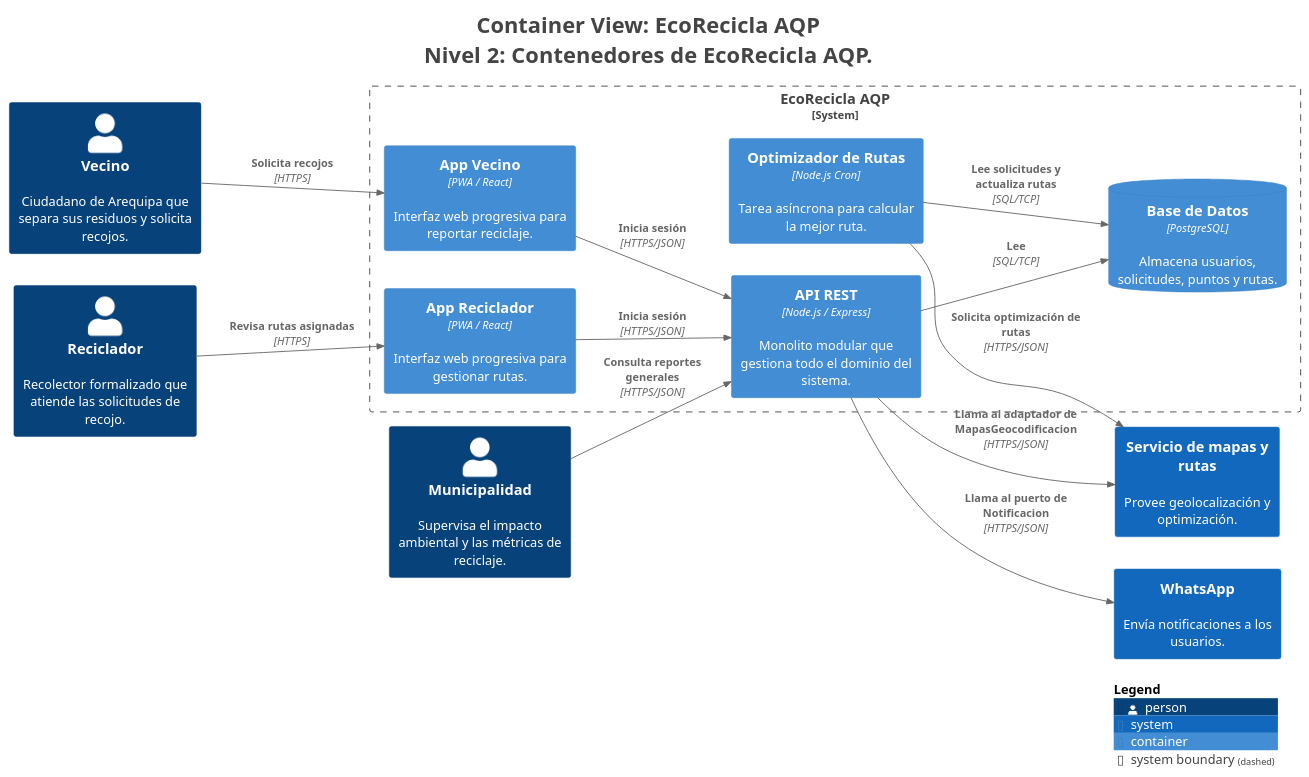
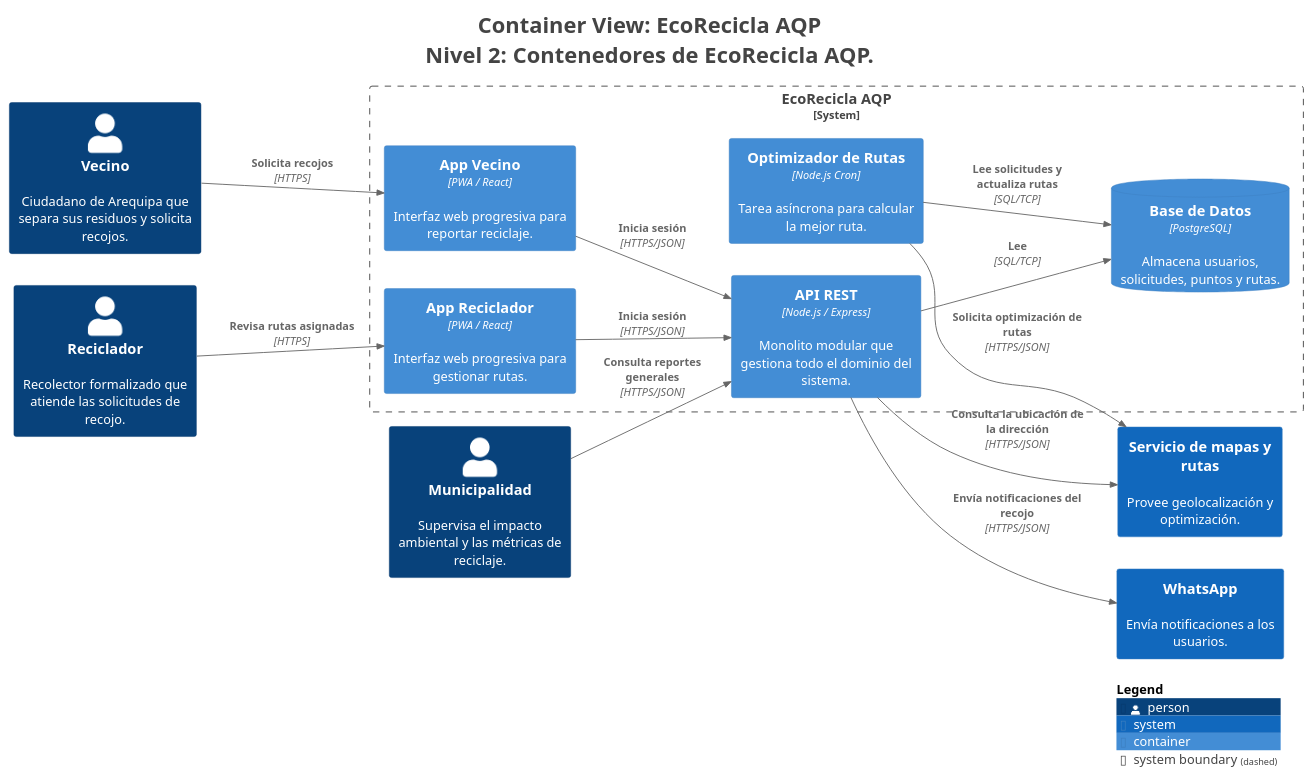
The diagram in docs/architecture/c4/export/structurizr-Contenedores.puml (AntonyCondori/cs-2026b-lab04-grupo10), drawn with PlantUML before and after one commit. The commit also changed 9 other files, not shown here.

```diff
--- a/docs/architecture/c4/export/structurizr-Contenedores.puml
+++ b/docs/architecture/c4/export/structurizr-Contenedores.puml
@@ -1,45 +1,45 @@
 @startuml
 title <size:24>Container View: EcoRecicla AQP</size>\n<size:24>Nivel 2: Contenedores de EcoRecicla AQP.</size>
 
 set separator none
 left to right direction
 
 <style>
   root {
     BackgroundColor: #ffffff
     FontColor: #444444
   }
 </style>
 
 !include <C4/C4>
 !include <C4/C4_Context>
 !include <C4/C4_Container>
 
 Person(Vecino, "Vecino", $descr="Ciudadano de Arequipa que separa sus residuos y solicita recojos.", $tags="", $link="")
 Person(Reciclador, "Reciclador", $descr="Recolector formalizado que atiende las solicitudes de recojo.", $tags="", $link="")
 Person(Municipalidad, "Municipalidad", $descr="Supervisa el impacto ambiental y las métricas de reciclaje.", $tags="", $link="")
 System(Serviciodemapasyrutas, "Servicio de mapas y rutas", $descr="Provee geolocalización y optimización.", $tags="", $link="")
 System(WhatsApp, "WhatsApp", $descr="Envía notificaciones a los usuarios.", $tags="", $link="")
 
 System_Boundary("EcoReciclaAQP_boundary", "EcoRecicla AQP", $tags="") {
   Container(EcoReciclaAQP.OptimizadordeRutas, "Optimizador de Rutas", $techn="Node.js Cron", $descr="Tarea asíncrona para calcular la mejor ruta.", $tags="", $link="")
   Container(EcoReciclaAQP.APIREST, "API REST", $techn="Node.js / Express", $descr="Monolito modular que gestiona todo el dominio del sistema.", $tags="", $link="")
   Container(EcoReciclaAQP.AppVecino, "App Vecino", $techn="PWA / React", $descr="Interfaz web progresiva para reportar reciclaje.", $tags="", $link="")
   Container(EcoReciclaAQP.AppReciclador, "App Reciclador", $techn="PWA / React", $descr="Interfaz web progresiva para gestionar rutas.", $tags="", $link="")
   ContainerDb(EcoReciclaAQP.BasedeDatos, "Base de Datos", $techn="PostgreSQL", $descr="Almacena usuarios, solicitudes, puntos y rutas.", $tags="", $link="")
 }
 
 Rel(Vecino, EcoReciclaAQP.AppVecino, "Solicita recojos", $techn="HTTPS", $tags="", $link="")
 Rel(Reciclador, EcoReciclaAQP.AppReciclador, "Revisa rutas asignadas", $techn="HTTPS", $tags="", $link="")
 Rel(Municipalidad, EcoReciclaAQP.APIREST, "Consulta reportes generales", $techn="HTTPS/JSON", $tags="", $link="")
 Rel(EcoReciclaAQP.AppVecino, EcoReciclaAQP.APIREST, "Inicia sesión", $techn="HTTPS/JSON", $tags="", $link="")
 Rel(EcoReciclaAQP.AppReciclador, EcoReciclaAQP.APIREST, "Inicia sesión", $techn="HTTPS/JSON", $tags="", $link="")
 Rel(EcoReciclaAQP.APIREST, EcoReciclaAQP.BasedeDatos, "Lee", $techn="SQL/TCP", $tags="", $link="")
 Rel(EcoReciclaAQP.OptimizadordeRutas, EcoReciclaAQP.BasedeDatos, "Lee solicitudes y actualiza rutas", $techn="SQL/TCP", $tags="", $link="")
-Rel(EcoReciclaAQP.APIREST, Serviciodemapasyrutas, "Llama al adaptador de MapasGeocodificacion", $techn="HTTPS/JSON", $tags="", $link="")
-Rel(EcoReciclaAQP.APIREST, WhatsApp, "Llama al puerto de Notificacion", $techn="HTTPS/JSON", $tags="", $link="")
+Rel(EcoReciclaAQP.APIREST, Serviciodemapasyrutas, "Consulta la ubicación de la dirección", $techn="HTTPS/JSON", $tags="", $link="")
+Rel(EcoReciclaAQP.APIREST, WhatsApp, "Envía notificaciones del recojo", $techn="HTTPS/JSON", $tags="", $link="")
 Rel(EcoReciclaAQP.OptimizadordeRutas, Serviciodemapasyrutas, "Solicita optimización de rutas", $techn="HTTPS/JSON", $tags="", $link="")
 
 SHOW_LEGEND(true)
 hide stereotypes
 @enduml
```
